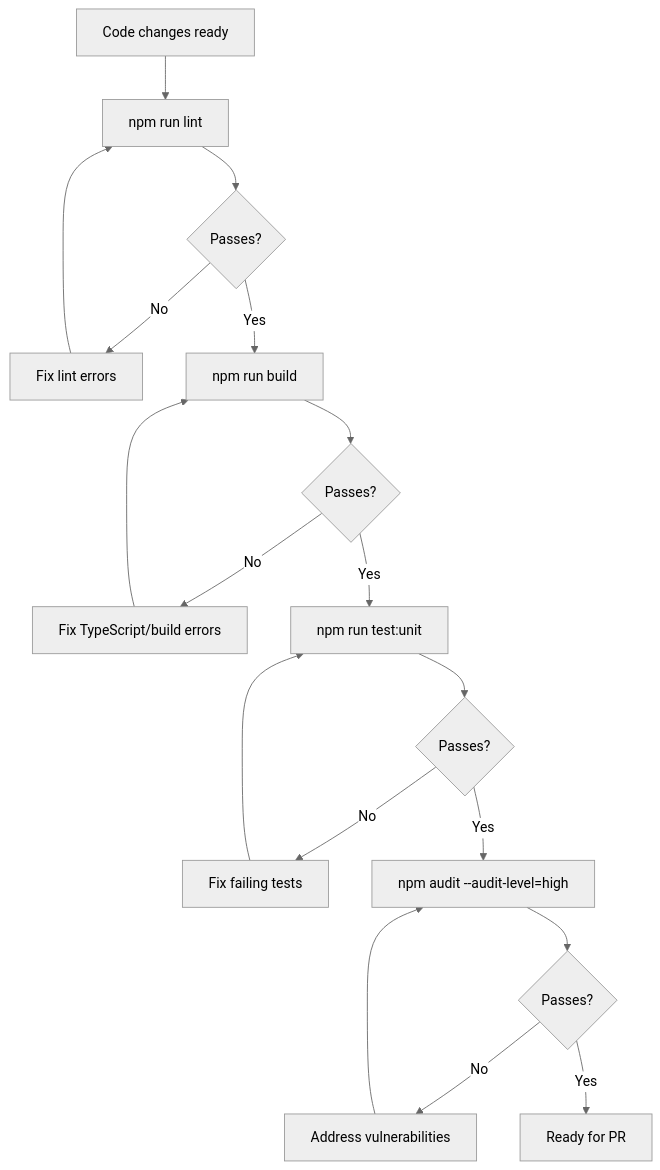
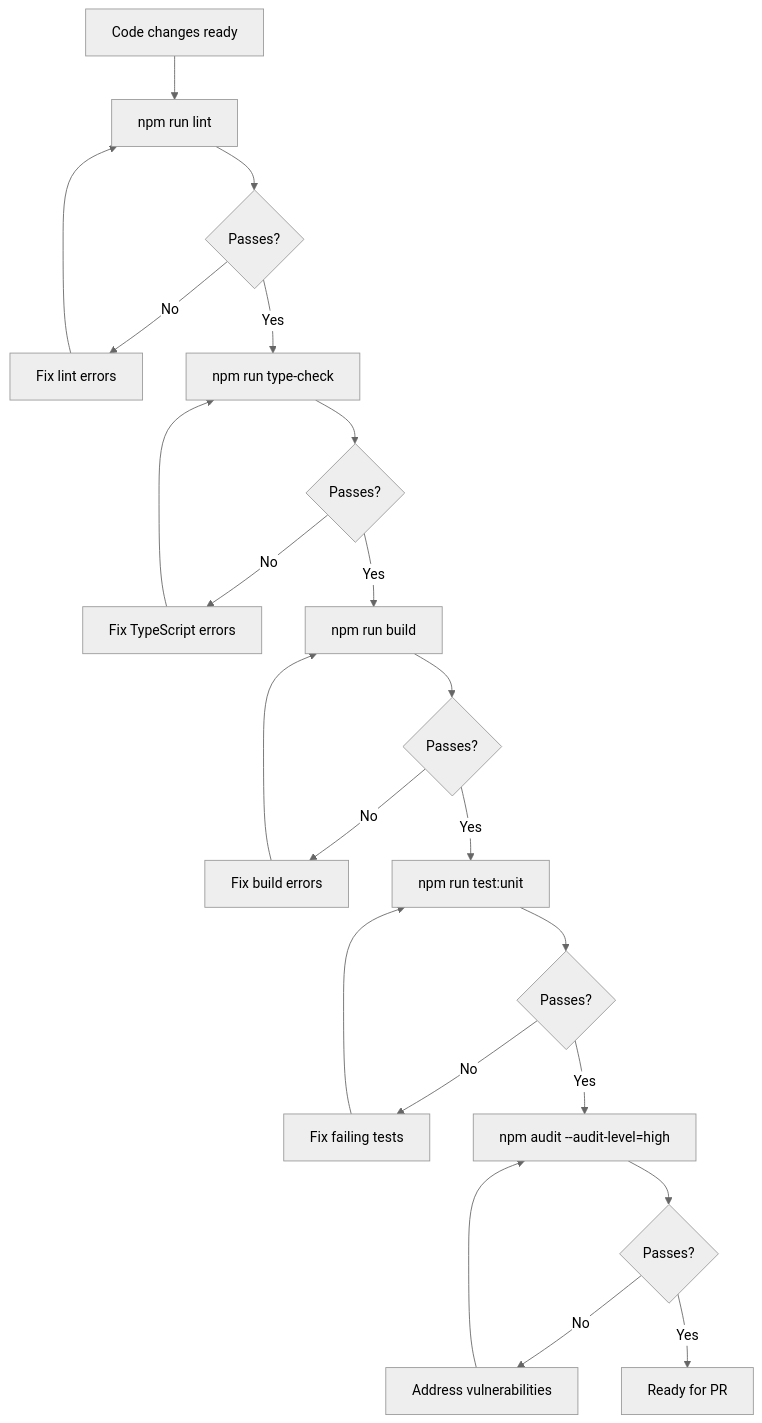
Before and after one commit to Oweeboi011/Fit-Ready-IQ: the fourth of 5 diagrams in docs/wiki/CONTRIBUTING.md, drawn with Mermaid (neutral theme). The commit also changed other lines of this file and 17 other files, not shown here.

First line of the commit message:
ci: simplify to trunk-based flow and fix review bugs

````diff
--- a/docs/wiki/CONTRIBUTING.md
+++ b/docs/wiki/CONTRIBUTING.md
@@ -220,20 +242,24 @@
 ```mermaid
 flowchart TD
     A[Code changes ready] --> B[npm run lint]
     B --> C{Passes?}
     C -->|No| D[Fix lint errors]
     D --> B
-    C -->|Yes| E[npm run build]
+    C -->|Yes| E[npm run type-check]
     E --> F{Passes?}
-    F -->|No| G[Fix TypeScript/build errors]
+    F -->|No| G[Fix TypeScript errors]
     G --> E
-    F -->|Yes| H[npm run test:unit]
+    F -->|Yes| H[npm run build]
     H --> I{Passes?}
-    I -->|No| J[Fix failing tests]
+    I -->|No| J[Fix build errors]
     J --> H
-    I -->|Yes| K[npm audit --audit-level=high]
+    I -->|Yes| K[npm run test:unit]
     K --> L{Passes?}
-    L -->|No| M[Address vulnerabilities]
+    L -->|No| M[Fix failing tests]
     M --> K
-    L -->|Yes| N[Ready for PR]
+    L -->|Yes| N[npm audit --audit-level=high]
+    N --> O{Passes?}
+    O -->|No| P[Address vulnerabilities]
+    P --> N
+    O -->|Yes| Q[Ready for PR]
 ```
````
